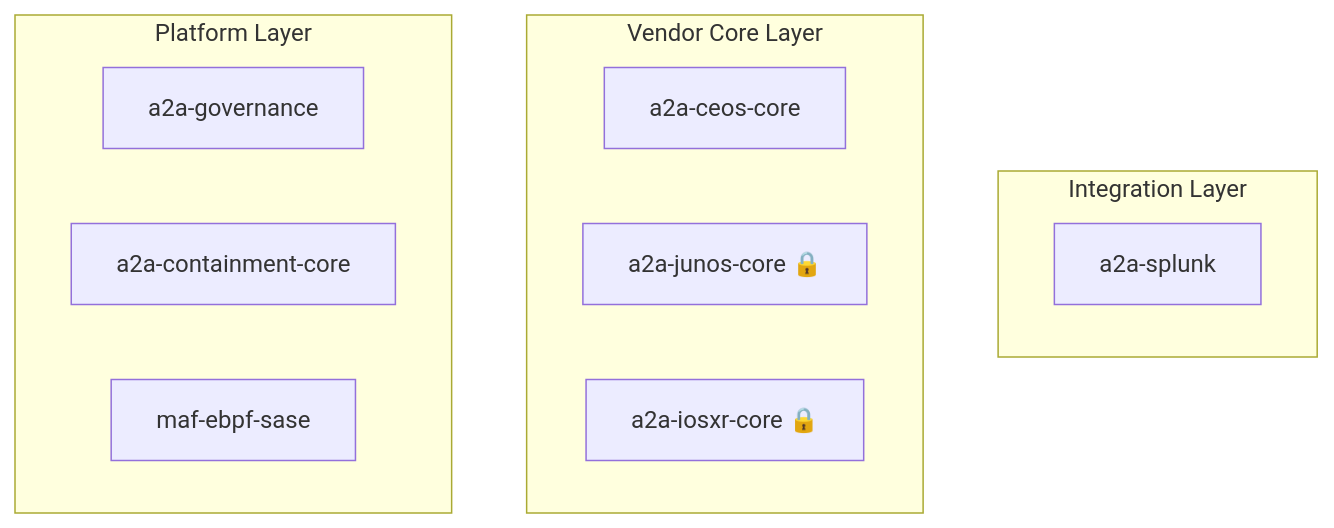
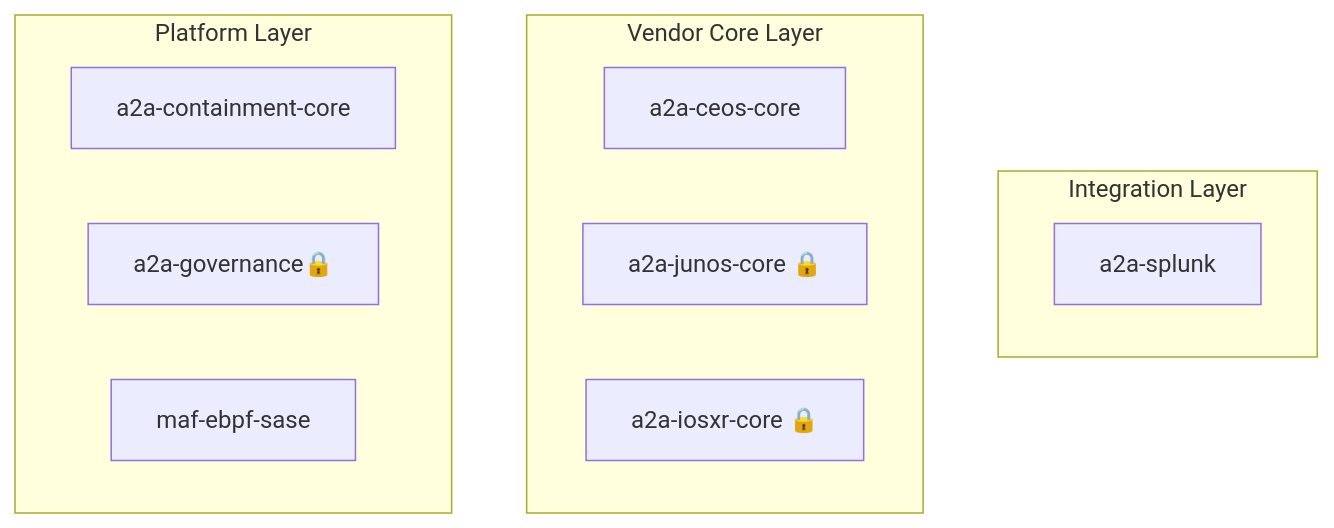
The diagram in README.md (hidemi-k/hidemi-k), drawn with Mermaid before and after one commit. The commit also changed other lines of this file, not shown here.

````diff
--- a/README.md
+++ b/README.md
@@ -24,16 +24,16 @@
 ```mermaid
 graph TD
     subgraph Integrations ["Integration Layer"]
         Splunk["a2a-splunk"]
     end
     subgraph A2A_Vendor_Cores ["Vendor Core Layer"]
         Ceos["a2a-ceos-core"]
         Junos["a2a-junos-core 🔒"]
         IOSXR["a2a-iosxr-core 🔒"]
     end
     subgraph A2A_Suite ["Platform Layer"]
-        Gov["a2a-governance"]
         Contain["a2a-containment-core"]
+        Gov["a2a-governance🔒"]
         SASE["maf-ebpf-sase"]
     end
 ```
````
